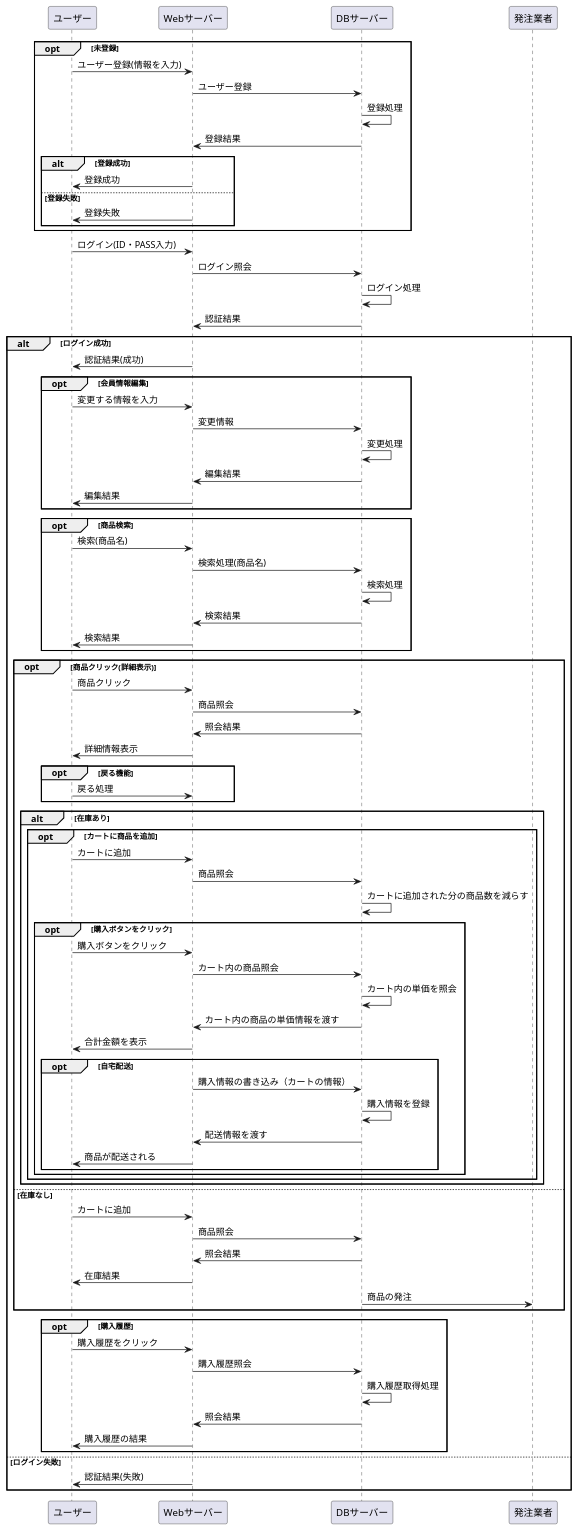
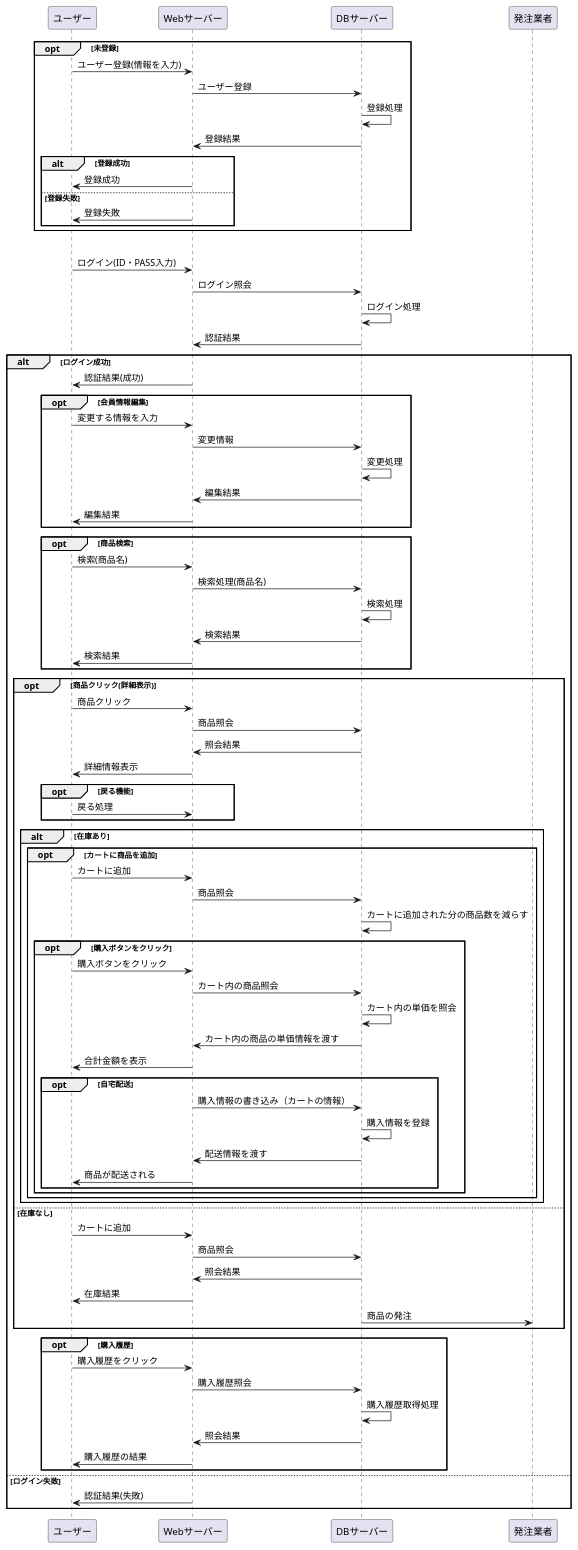
The diagram in 設計書/02_業務フロー/business-flow-test.md (Aso2001227/Aso-Sports-1), drawn with PlantUML before and after one commit.

`````diff
--- a/設計書/02_業務フロー/business-flow-test.md
+++ b/設計書/02_業務フロー/business-flow-test.md
@@ -25,7 +25,7 @@
 
 
 
-
+opt ログイン認証
 ユーザー -> Webサーバー : ログイン(ID・PASS入力)
 Webサーバー -> DBサーバー : ログイン照会
 DBサーバー -> DBサーバー : ログイン処理
@@ -132,5 +132,6 @@
 else ログイン失敗
 Webサーバー -> ユーザー : 認証結果(失敗)
 end
+
 @enduml
 ````
`````
